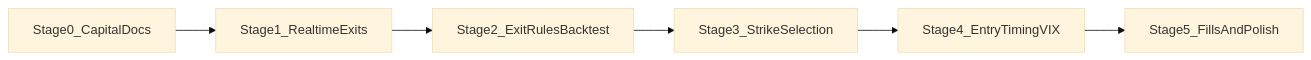
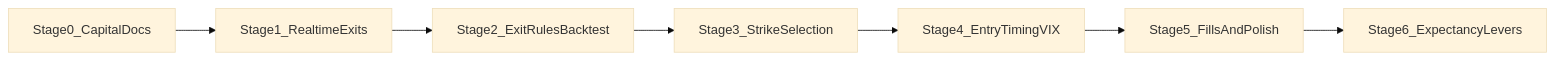
Before and after one commit to akashtelote/nifty-theta-engine: the diagram in docs/PROFITABILITY_ROADMAP.md, drawn with Mermaid (base theme). The commit also changed other lines of this file and 16 other files, not shown here.

First line of the commit message:
Implement Stage 6 expectancy levers under ₹50k capital.

````diff
--- a/docs/PROFITABILITY_ROADMAP.md
+++ b/docs/PROFITABILITY_ROADMAP.md
@@ -32,8 +33,9 @@
 ```mermaid
 flowchart LR
   S0[Stage0_CapitalDocs] --> S1[Stage1_RealtimeExits]
   S1 --> S2[Stage2_ExitRulesBacktest]
   S2 --> S3[Stage3_StrikeSelection]
   S3 --> S4[Stage4_EntryTimingVIX]
   S4 --> S5[Stage5_FillsAndPolish]
+  S5 --> S6[Stage6_ExpectancyLevers]
 ```
````
